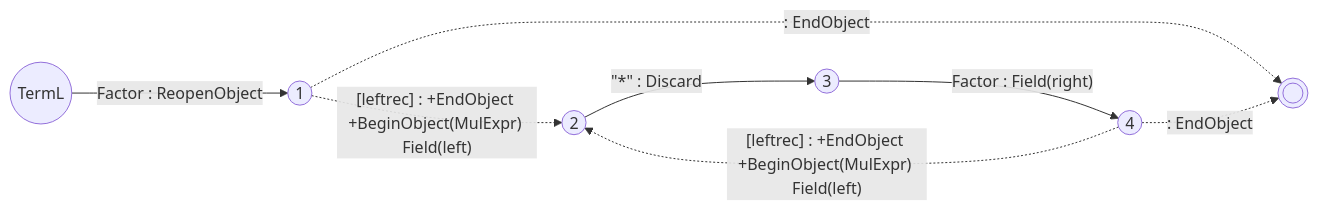
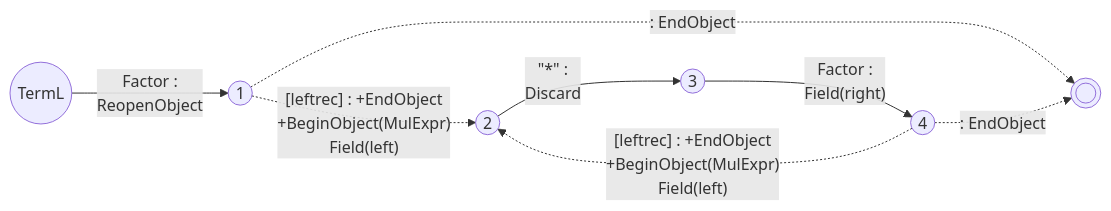
Before and after one commit to vczh-websites/vczh: the eighth of 20 diagrams in Blog/GLR-Refactoring/Mermaid.md, drawn with Mermaid. The commit also changed other lines of this file, not shown here.

````diff
--- a/Blog/GLR-Refactoring/Mermaid.md
+++ b/Blog/GLR-Refactoring/Mermaid.md
@@ -95,10 +115,17 @@
 ```mermaid
 graph LR
-  S((TermL))-- Factor : ReopenObject --> 1
+  S((TermL))-- Factor :
+    ReopenObject --> 1
   1((1))-. : EndObject .->E((( )))
-  2((2))-- #quot;*#quot; : Discard -->3
-  3((3))-- Factor : Field(right) --> 4
+  2((2))-- #quot;*#quot; :
+    Discard -->3
+  3((3))-- Factor :
+    Field(right) --> 4
   4((4))-. : EndObject .->E
-  1-. [leftrec] : +EndObject +BeginObject(MulExpr) Field(left) .->2
-  4-. [leftrec] : +EndObject +BeginObject(MulExpr) Field(left) .->2
+  1-. [leftrec] : +EndObject
+    +BeginObject(MulExpr)
+    Field(left) .->2
+  4-. [leftrec] : +EndObject
+    +BeginObject(MulExpr)
+    Field(left) .->2
 ```
````
